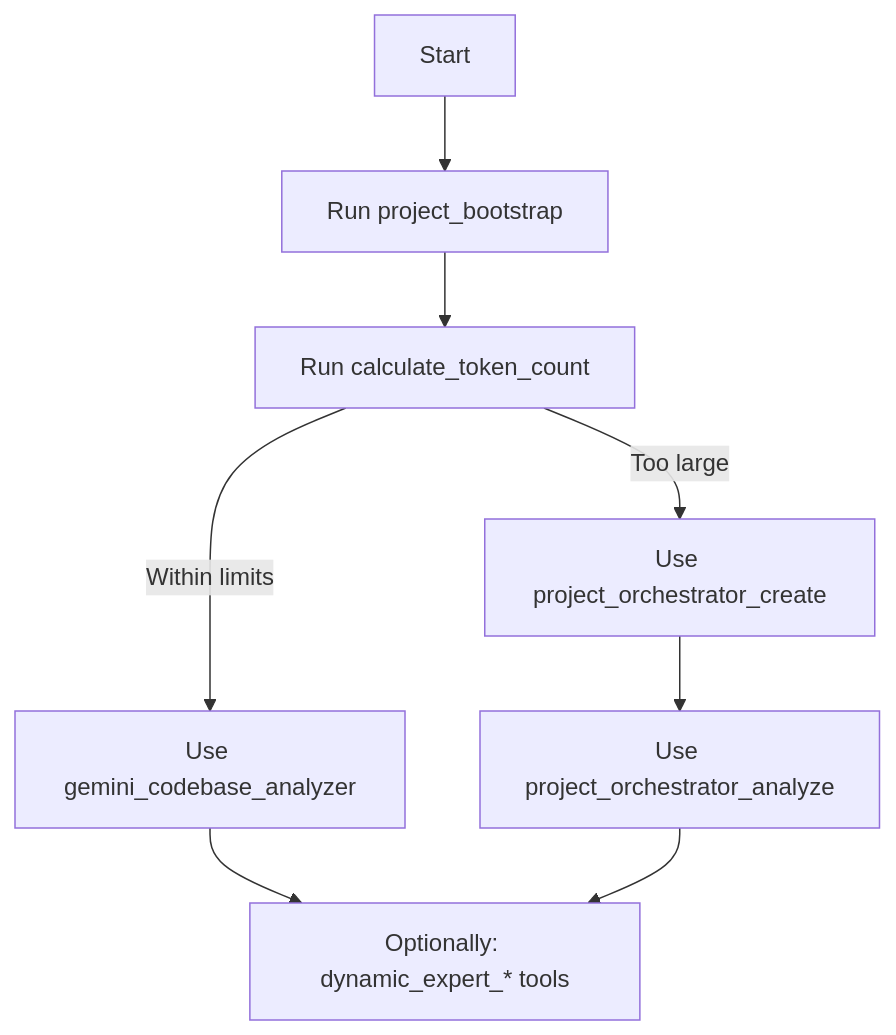
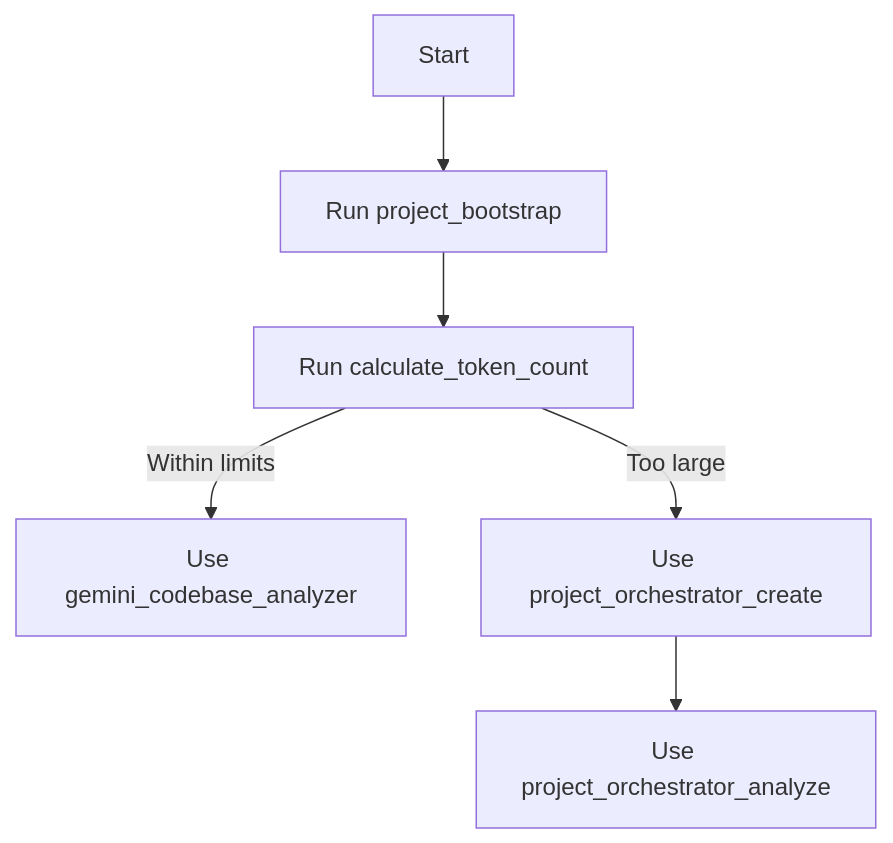
Before and after one commit to fuko2935/codementor: the first of 2 diagrams in .kiro/steering/mcp-guide.md, drawn with Mermaid. The commit also changed other lines of this file and 28 other files, not shown here.

First line of the commit message:
chore: release v4.0.0 - remove deprecated dynamic expert tools

````diff
--- a/.kiro/steering/mcp-guide.md
+++ b/.kiro/steering/mcp-guide.md
@@ -173,10 +167,10 @@
 ```mermaid
 flowchart TD
   START[Start] --> BOOTSTRAP[Run project_bootstrap]
   BOOTSTRAP --> TOKENS[Run calculate_token_count]
   TOKENS -->|Within limits| ANALYZER[Use gemini_codebase_analyzer]
   TOKENS -->|Too large| ORCH_CREATE[Use project_orchestrator_create]
   ORCH_CREATE --> ORCH_ANALYZE[Use project_orchestrator_analyze]
-  ANALYZER --> OPTIONAL_EXPERT[Optionally: dynamic_expert_* tools]
-  ORCH_ANALYZE --> OPTIONAL_EXPERT
+  
+  
 ```
````
